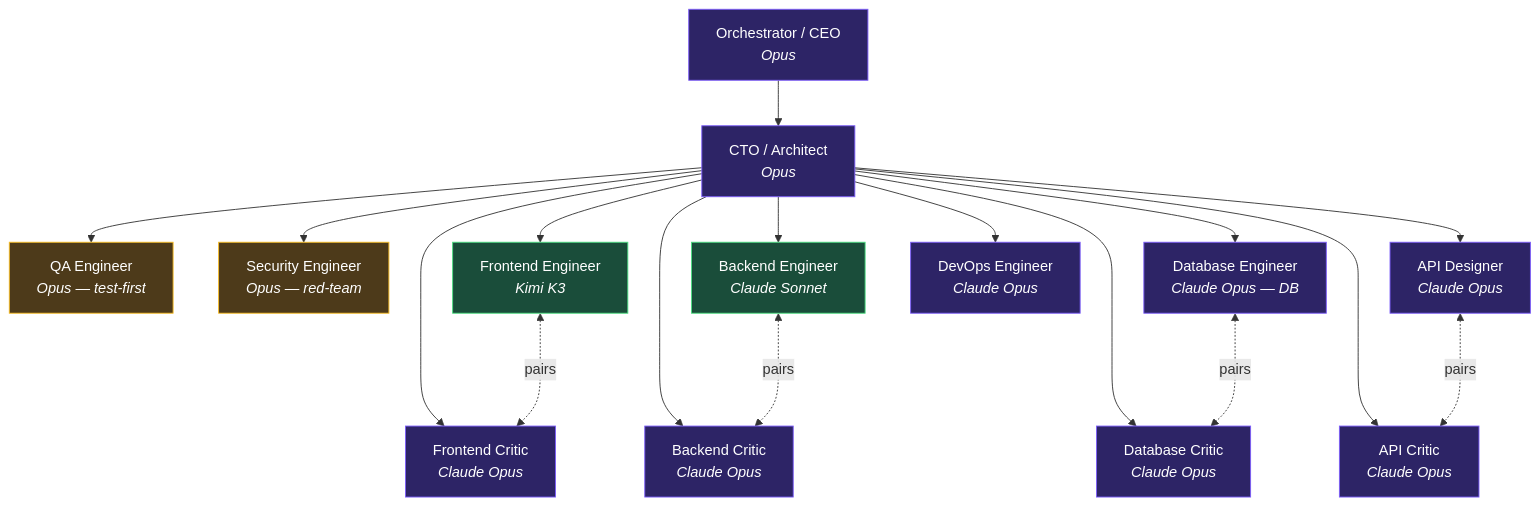
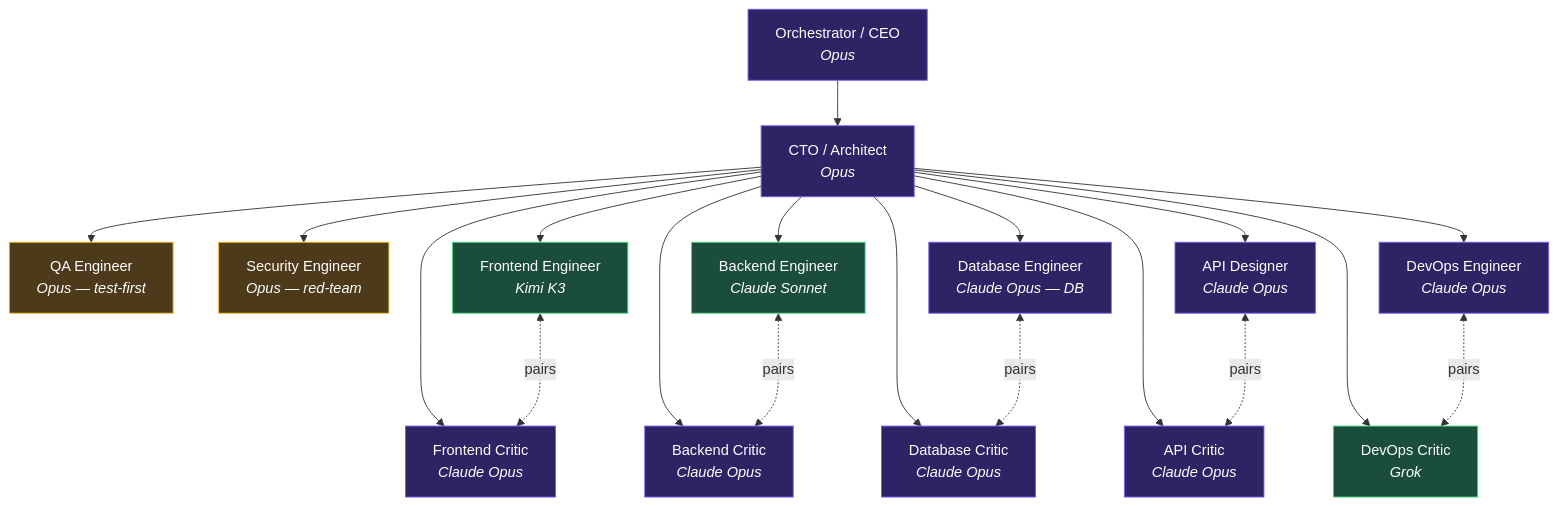
One commit to Arlencho/dev-agents changed the diagram in docs/org-chart.md. Above: the diagram before and after it, drawn with Mermaid. The commit also changed other lines of this file and 14 other files, not shown here.

````diff
--- a/docs/org-chart.md
+++ b/docs/org-chart.md
@@ -10,40 +10,43 @@
 ```mermaid
 graph TD
     classDef opus fill:#2d2466,stroke:#7c5dfa,color:#fff
     classDef sonnet fill:#1a4d3a,stroke:#4ade80,color:#fff
     classDef oversight fill:#4d3a1a,stroke:#fbbf24,color:#fff
 
     CEO["Orchestrator / CEO<br/><i>Opus</i>"]:::opus
     CTO["CTO / Architect<br/><i>Opus</i>"]:::opus
     CEO --> CTO
 
     QA["QA Engineer<br/><i>Opus — test-first</i>"]:::oversight
     SEC["Security Engineer<br/><i>Opus — red-team</i>"]:::oversight
     CTO --> QA
     CTO --> SEC
 
     FE["Frontend Engineer<br/><i>Kimi K3</i>"]:::sonnet
     FEC["Frontend Critic<br/><i>Claude Opus</i>"]:::opus
     BE["Backend Engineer<br/><i>Claude Sonnet</i>"]:::sonnet
     BEC["Backend Critic<br/><i>Claude Opus</i>"]:::opus
     DB["Database Engineer<br/><i>Claude Opus — DB</i>"]:::opus
     DBC["Database Critic<br/><i>Claude Opus</i>"]:::opus
     API["API Designer<br/><i>Claude Opus</i>"]:::opus
     APIC["API Critic<br/><i>Claude Opus</i>"]:::opus
     DEVOPS["DevOps Engineer<br/><i>Claude Opus</i>"]:::opus
+    DEVOPSC["DevOps Critic<br/><i>Grok</i>"]:::sonnet
 
     CTO --> FE
     CTO --> FEC
     CTO --> BE
     CTO --> BEC
     CTO --> DB
     CTO --> DBC
     CTO --> API
     CTO --> APIC
     CTO --> DEVOPS
+    CTO --> DEVOPSC
 
     FE <-..->|pairs| FEC
     BE <-..->|pairs| BEC
     DB <-..->|pairs| DBC
     API <-..->|pairs| APIC
+    DEVOPS <-..->|pairs| DEVOPSC
 ```
````
